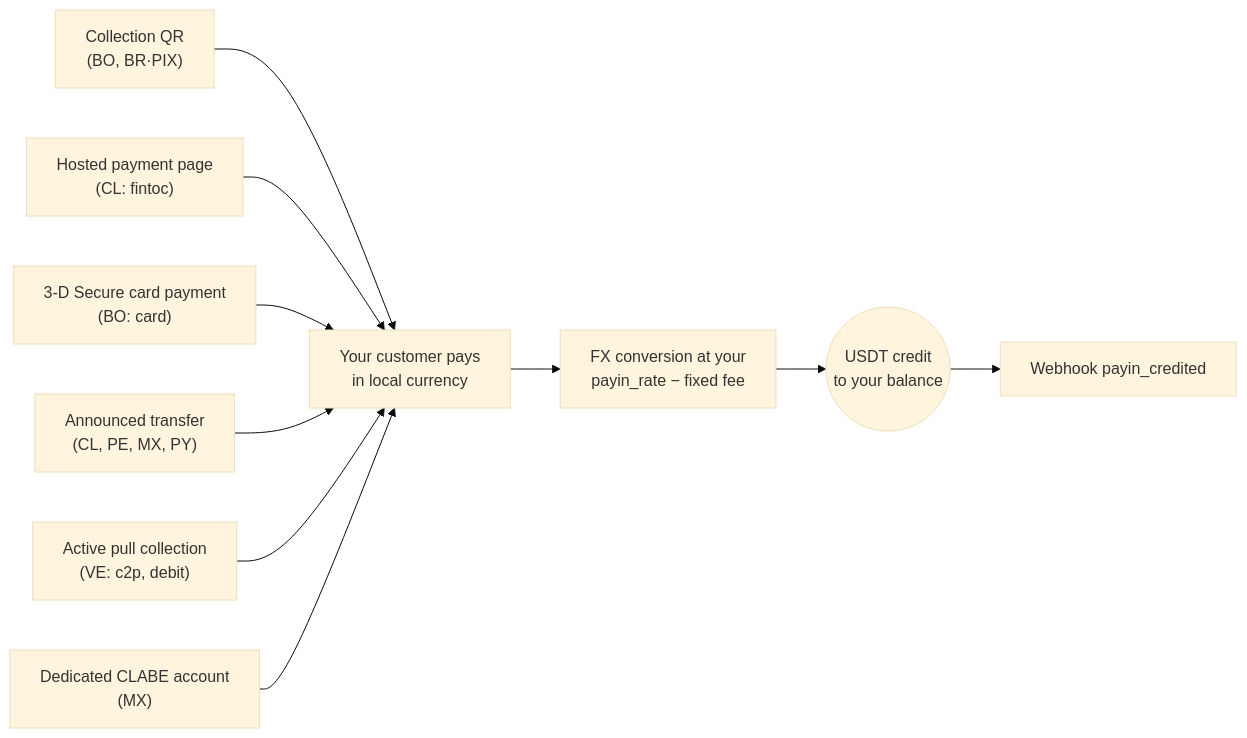
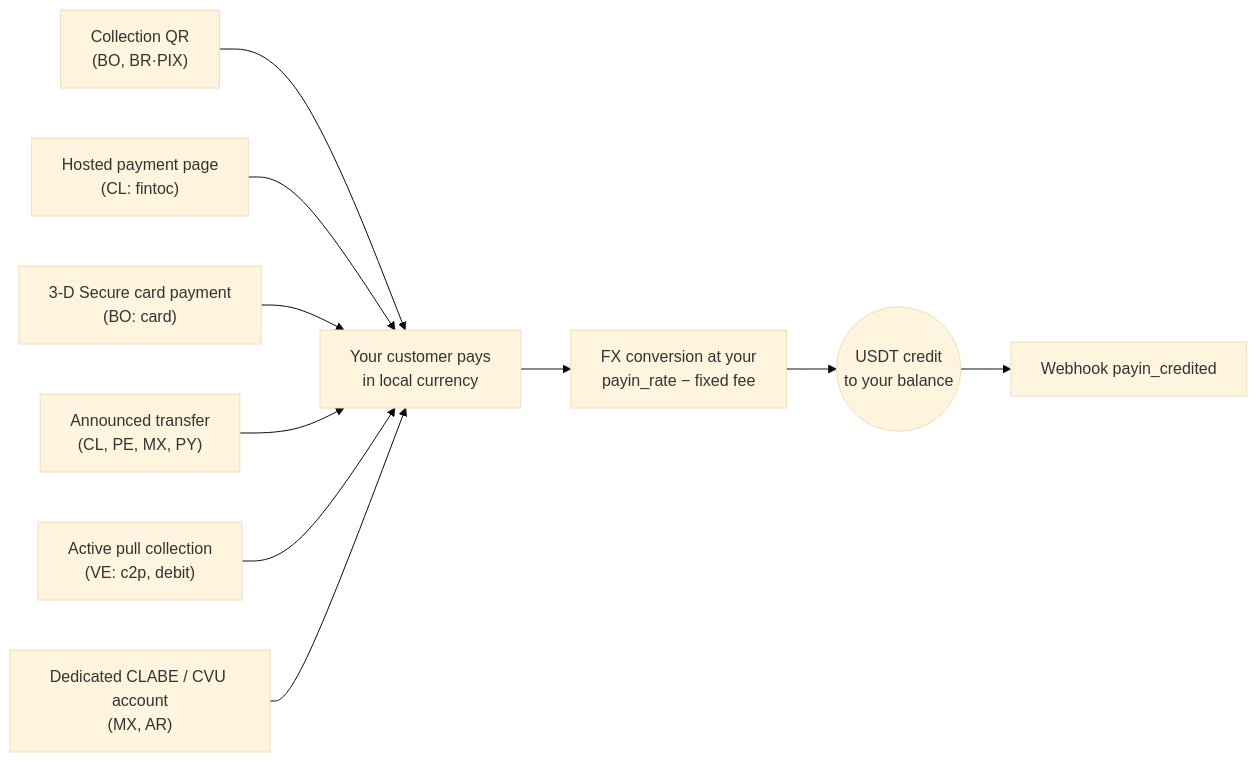
Before and after one commit to SaturoS17/docs: the first of 2 diagrams in en/guides/payins.mdx, drawn with Mermaid (base theme). The commit also changed other lines of this file and 19 other files, not shown here.

````diff
--- a/en/guides/payins.mdx
+++ b/en/guides/payins.mdx
@@ -15,12 +15,12 @@
 ```mermaid
 flowchart LR
     qr["Collection QR<br/>(BO, BR·PIX)"] --> pay["Your customer pays<br/>in local currency"]
     hosted["Hosted payment page<br/>(CL: fintoc)"] --> pay
     card["3-D Secure card payment<br/>(BO: card)"] --> pay
     announced["Announced transfer<br/>(CL, PE, MX, PY)"] --> pay
     pull["Active pull collection<br/>(VE: c2p, debit)"] --> pay
-    clabe["Dedicated CLABE account<br/>(MX)"] --> pay
+    clabe["Dedicated CLABE / CVU account<br/>(MX, AR)"] --> pay
     pay --> conv["FX conversion at your<br/>payin_rate − fixed fee"]
     conv --> credit(("USDT credit<br/>to your balance"))
     credit --> wh["Webhook payin_credited"]
 ```
````
